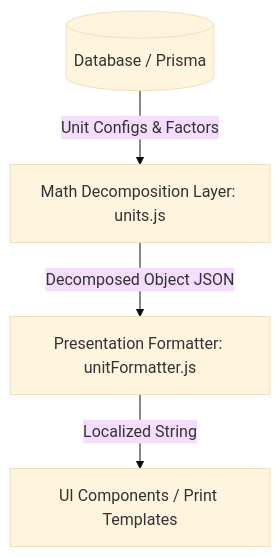
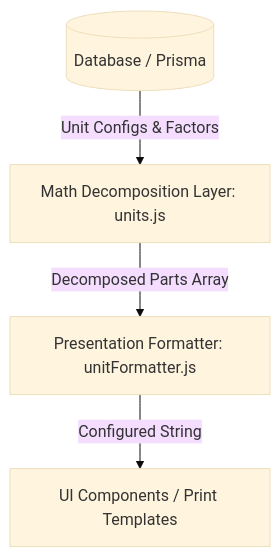
Before and after one commit to muhammadbinmakbool/Business-Mart: the diagram in docs/developer/unit_precision_display_system.md, drawn with Mermaid (base theme). The commit also changed other lines of this file and 13 other files, not shown here.

````diff
--- a/docs/developer/unit_precision_display_system.md
+++ b/docs/developer/unit_precision_display_system.md
@@ -11,6 +11,6 @@
 ```mermaid
 graph TD
     DB[(Database / Prisma)] -->|Unit Configs & Factors| MathLayer[Math Decomposition Layer: units.js]
-    MathLayer -->|Decomposed Object JSON| PresentationLayer[Presentation Formatter: unitFormatter.js]
-    PresentationLayer -->|Localized String| UI[UI Components / Print Templates]
+    MathLayer -->|Decomposed Parts Array| PresentationLayer[Presentation Formatter: unitFormatter.js]
+    PresentationLayer -->|Configured String| UI[UI Components / Print Templates]
 ```
````
